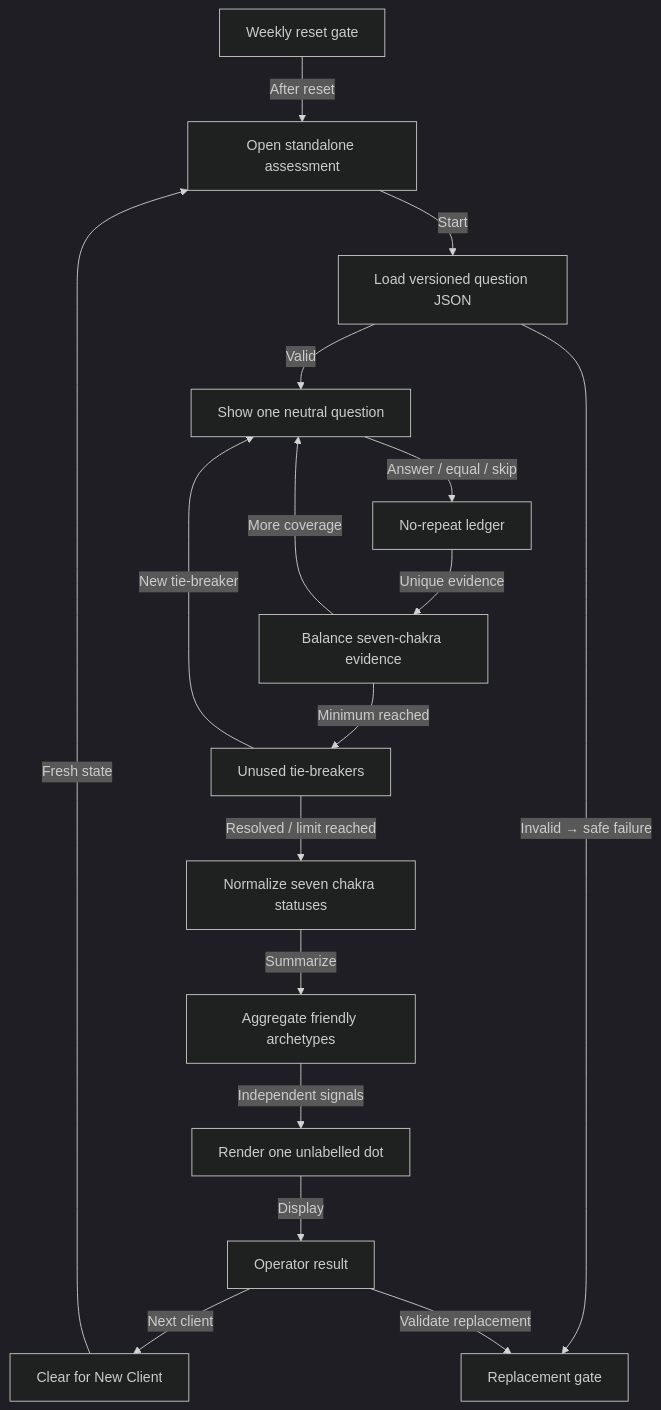
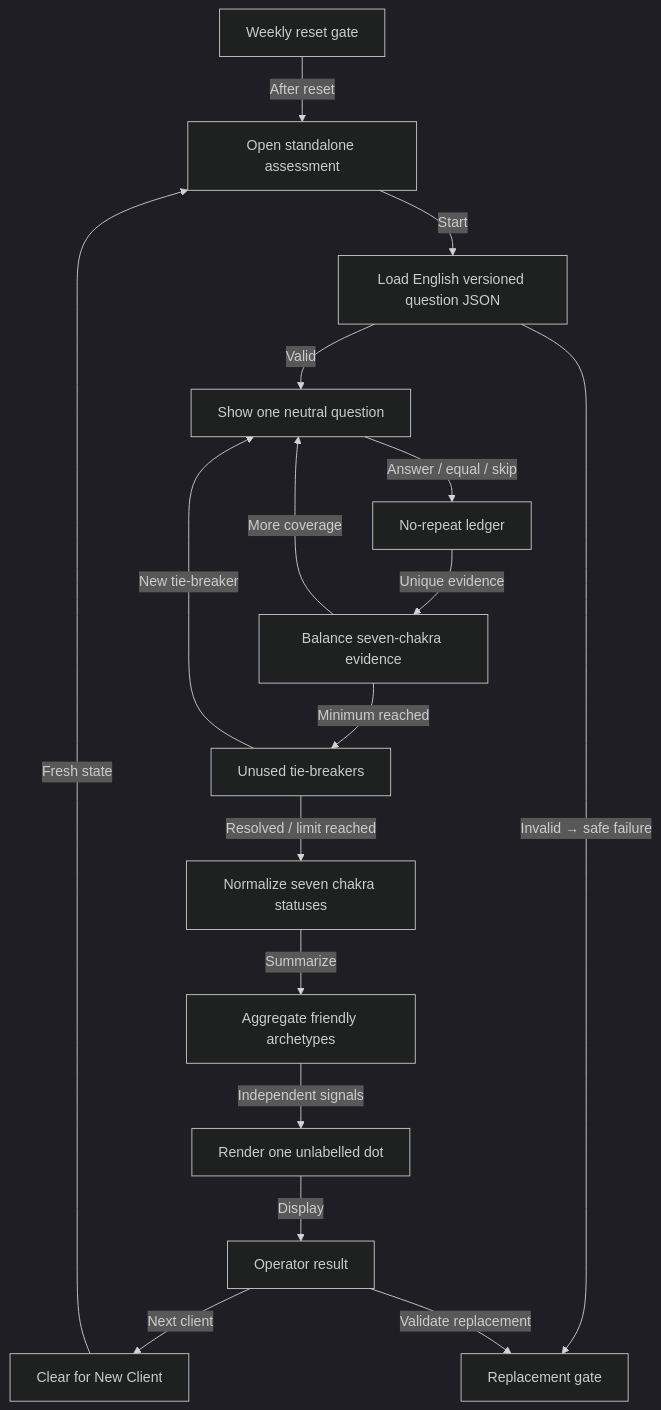
Diagram 29 of 31 in docs/app-map/FLOW-REFERENCE.md (missionode/lite), drawn with Mermaid (dark theme) before and after one commit. The commit also changed other lines of this file and 10 other files, not shown here.

````diff
--- a/docs/app-map/FLOW-REFERENCE.md
+++ b/docs/app-map/FLOW-REFERENCE.md
@@ -1319,32 +1319,32 @@
 ```mermaid
 flowchart TD
   gate["Weekly reset gate"]
   open["Open standalone assessment"]
-  load["Load versioned question JSON"]
+  load["Load English versioned question JSON"]
   ask["Show one neutral question"]
   ledger["No-repeat ledger"]
   coverage["Balance seven-chakra evidence"]
   tiebreak["Unused tie-breakers"]
   score["Normalize seven chakra statuses"]
   archetypes["Aggregate friendly archetypes"]
   dot["Render one unlabelled dot"]
   result["Operator result"]
   clear["Clear for New Client"]
   verify["Replacement gate"]
   gate -->|"After reset"| open
   open -->|"Start"| load
   load -->|"Valid"| ask
   load -->|"Invalid → safe failure"| verify
   ask -->|"Answer / equal / skip"| ledger
   ledger -->|"Unique evidence"| coverage
   coverage -->|"More coverage"| ask
   coverage -->|"Minimum reached"| tiebreak
   tiebreak -->|"New tie-breaker"| ask
   tiebreak -->|"Resolved / limit reached"| score
   score -->|"Summarize"| archetypes
   archetypes -->|"Independent signals"| dot
   dot -->|"Display"| result
   result -->|"Next client"| clear
   clear -->|"Fresh state"| open
   result -->|"Validate replacement"| verify
 ```
````
